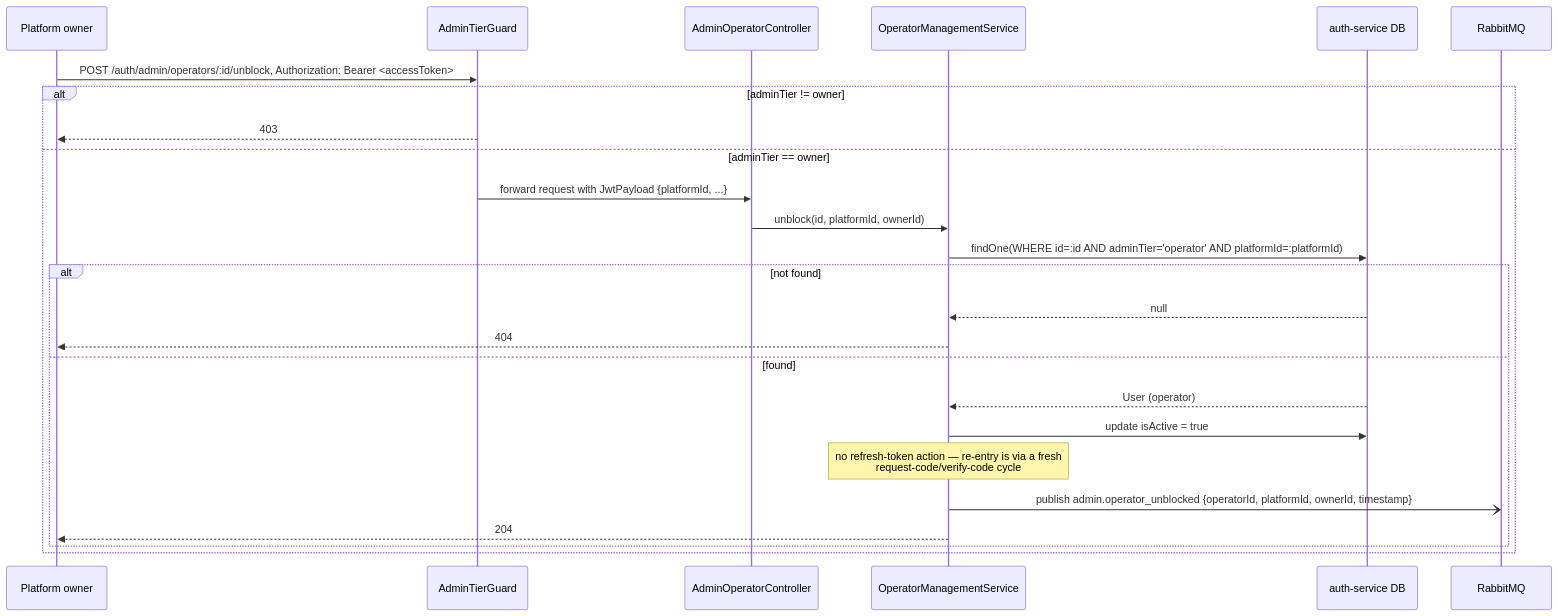
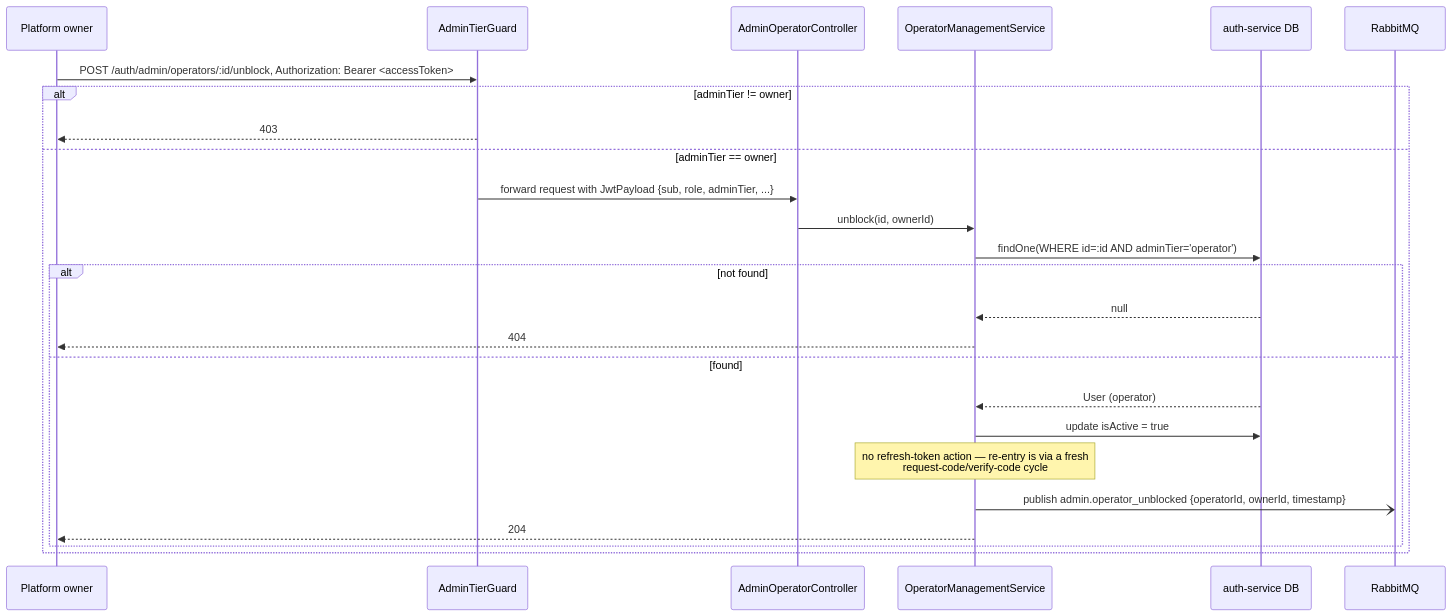
Before and after one commit to nawara-solutions/nawara-core: diagram 18 of 24 in docs/sdd/auth-service.md, drawn with Mermaid. The commit also changed other lines of this file and 104 other files, not shown here.

First line of the commit message:
feat(auth-service): implement owner MFA, step-up, recovery and operator sessions

````diff
--- a/docs/sdd/auth-service.md
+++ b/docs/sdd/auth-service.md
@@ -1610,28 +2861,28 @@
 ```mermaid
 sequenceDiagram
     participant Owner as Platform owner
     participant Guard as AdminTierGuard
     participant AOC as AdminOperatorController
     participant OMS as OperatorManagementService
     participant DB as auth-service DB
     participant Broker as RabbitMQ
 
     Owner->>Guard: POST /auth/admin/operators/:id/unblock, Authorization: Bearer <accessToken>
     alt adminTier != owner
         Guard-->>Owner: 403
     else adminTier == owner
-        Guard->>AOC: forward request with JwtPayload {platformId, ...}
-        AOC->>OMS: unblock(id, platformId, ownerId)
-        OMS->>DB: findOne(WHERE id=:id AND adminTier='operator' AND platformId=:platformId)
+        Guard->>AOC: forward request with JwtPayload {sub, role, adminTier, ...}
+        AOC->>OMS: unblock(id, ownerId)
+        OMS->>DB: findOne(WHERE id=:id AND adminTier='operator')
         alt not found
             DB-->>OMS: null
             OMS-->>Owner: 404
         else found
             DB-->>OMS: User (operator)
             OMS->>DB: update isActive = true
             Note over OMS: no refresh-token action — re-entry is via a fresh<br/>request-code/verify-code cycle
-            OMS-)Broker: publish admin.operator_unblocked {operatorId, platformId, ownerId, timestamp}
+            OMS-)Broker: publish admin.operator_unblocked {operatorId, ownerId, timestamp}
             OMS-->>Owner: 204
         end
     end
 ```
````
